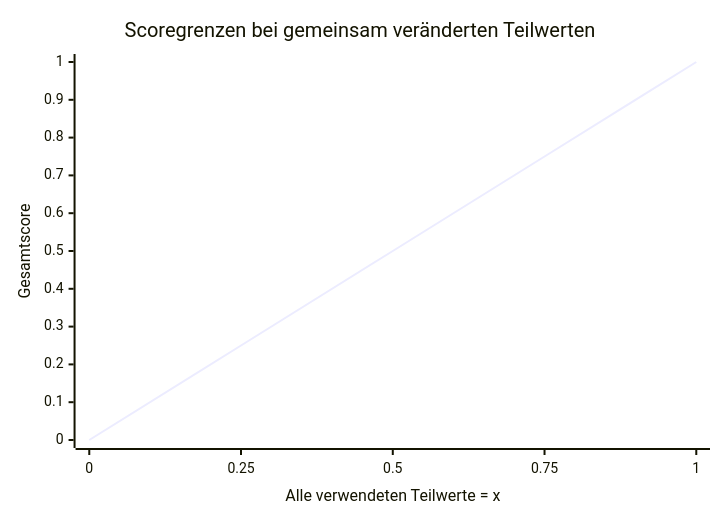
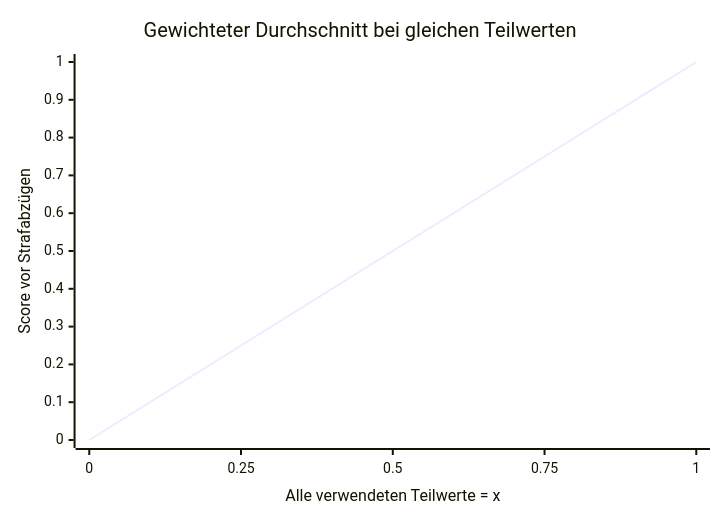
One commit to ghackenberg/SpineML changed diagram 11 of 14 in README.md. Above: the diagram before and after it, drawn with Mermaid. The commit also changed other lines of this file and 52 other files, not shown here.

Commit message:
Separate policy architecture and publish RL environment and runtime tools

````diff
--- a/README.md
+++ b/README.md
@@ -2290,7 +2346,7 @@
 ```mermaid
 xychart-beta
-    title "Scoregrenzen bei gemeinsam veränderten Teilwerten"
+    title "Gewichteter Durchschnitt bei gleichen Teilwerten"
     x-axis "Alle verwendeten Teilwerte = x" [0, 0.25, 0.5, 0.75, 1]
-    y-axis "Gesamtscore" 0 --> 1
+    y-axis "Score vor Strafabzügen" 0 --> 1
     line [0, 0.25, 0.5, 0.75, 1]
 ```
````
